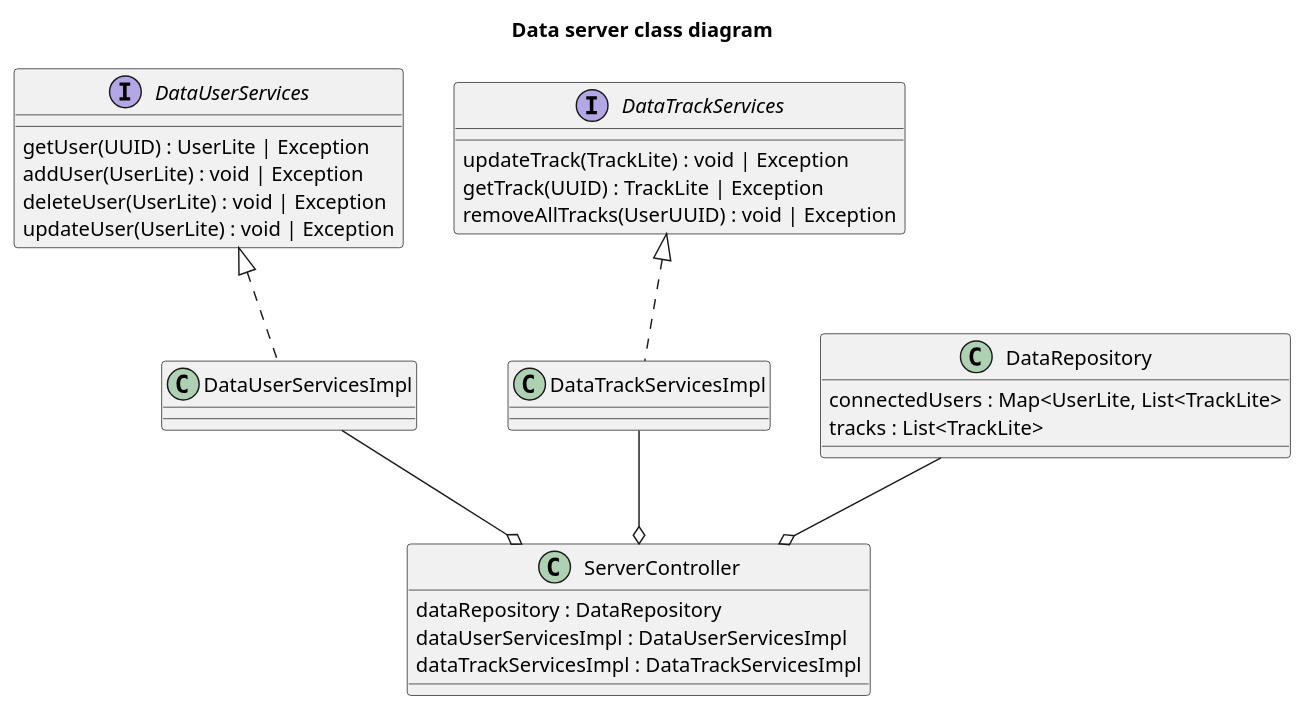
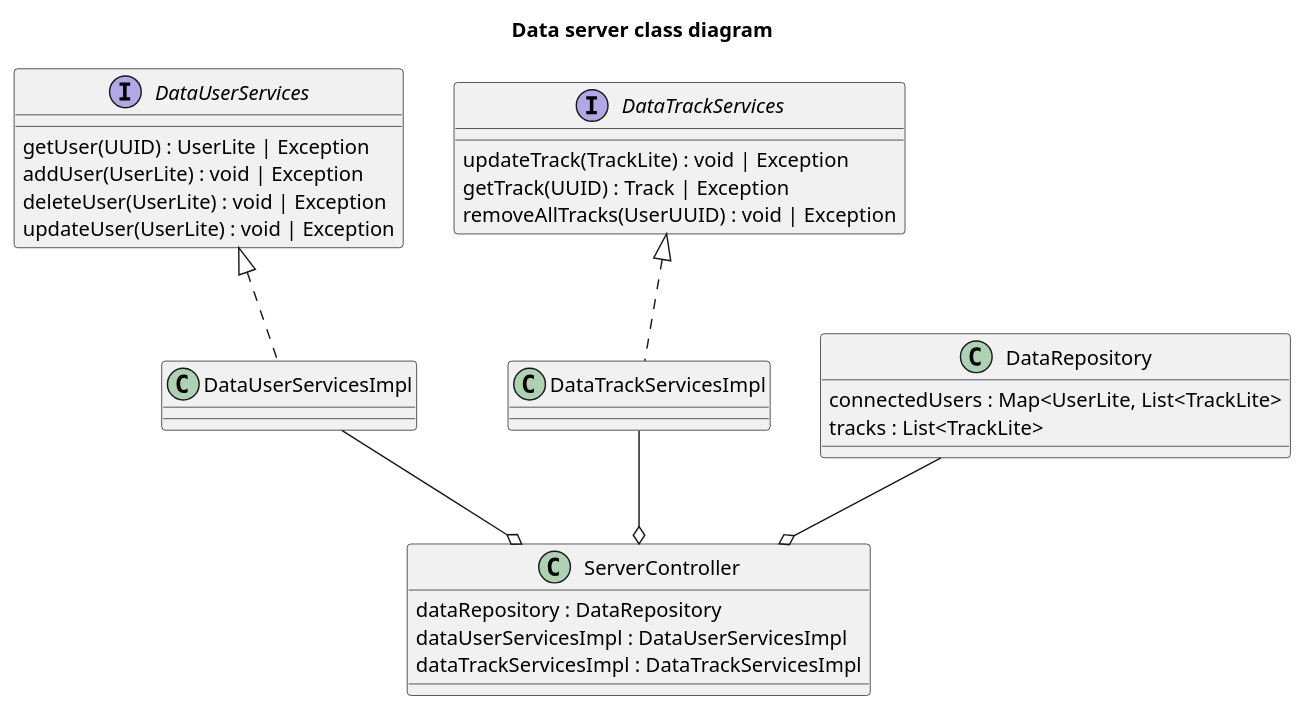
The diagram in class/data_server.puml (UTCAI12/Diagrams), drawn with PlantUML before and after one commit. The commit also changed 5 other files, not shown here.

```diff
--- a/class/data_server.puml
+++ b/class/data_server.puml
@@ -1,41 +1,41 @@
 @startuml Data server class diagram
 title Data server class diagram
 
 
     interface DataUserServices {
         getUser(UUID) : UserLite | Exception
         addUser(UserLite) : void | Exception
         deleteUser(UserLite) : void | Exception
         updateUser(UserLite) : void | Exception
     }
 
     interface DataTrackServices {
         updateTrack(TrackLite) : void | Exception
-        getTrack(UUID) : TrackLite | Exception
+        getTrack(UUID) : Track | Exception
         removeAllTracks(UserUUID) : void | Exception
     }
 
     class DataUserServicesImpl implements DataUserServices {
 
     }
 
     class DataTrackServicesImpl implements DataTrackServices {
 
     }
 
     class ServerController{
         dataRepository : DataRepository
         dataUserServicesImpl : DataUserServicesImpl
         dataTrackServicesImpl : DataTrackServicesImpl
     }
 
     class DataRepository {
         connectedUsers : Map<UserLite, List<TrackLite>
         tracks : List<TrackLite>
     }
 
     DataRepository --o ServerController
     DataUserServicesImpl --o ServerController
     DataTrackServicesImpl --o ServerController
     
 @enduml
```
